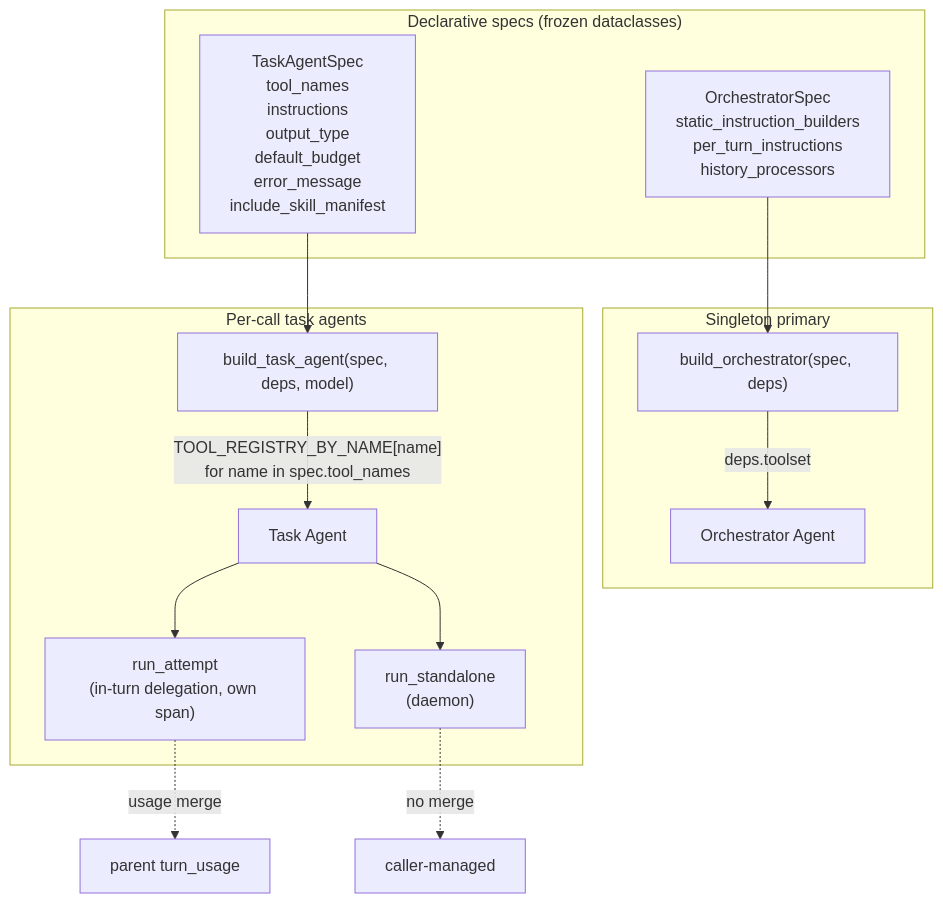
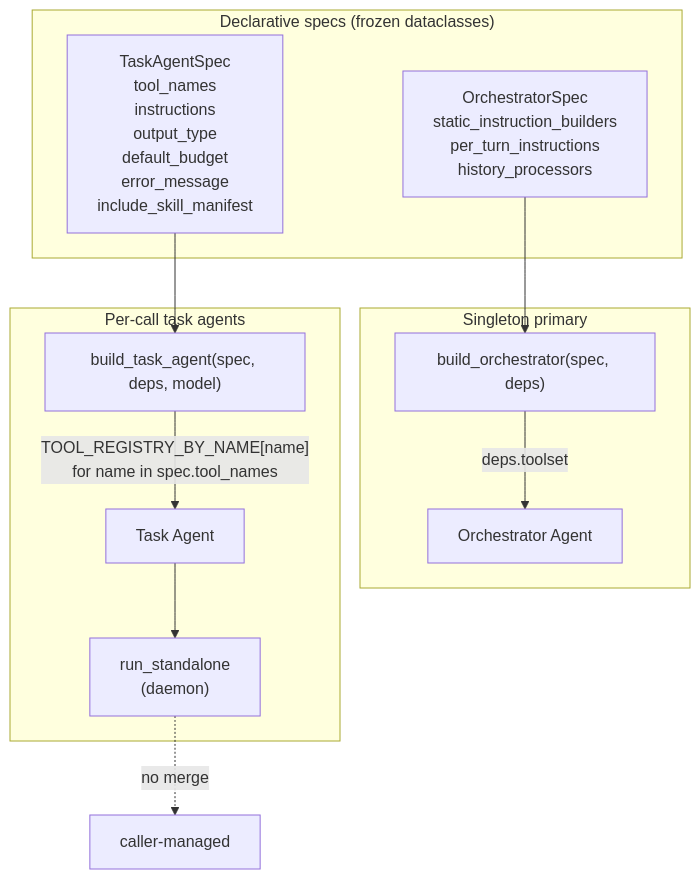
The diagram in docs/specs/agents.md (binlecode/co-cli), drawn with Mermaid before and after one commit. The commit also changed other lines of this file and 53 other files, not shown here.

````diff
--- a/docs/specs/agents.md
+++ b/docs/specs/agents.md
@@ -7,19 +7,17 @@
 ```mermaid
 graph TD
     subgraph Records["Declarative specs (frozen dataclasses)"]
         OS["OrchestratorSpec\nstatic_instruction_builders\nper_turn_instructions\nhistory_processors"]
         TS["TaskAgentSpec\ntool_names\ninstructions\noutput_type\ndefault_budget\nerror_message\ninclude_skill_manifest"]
     end
     subgraph Orchestrator["Singleton primary"]
         OS --> BO["build_orchestrator(spec, deps)"]
         BO -->|"deps.toolset"| OA["Orchestrator Agent"]
     end
     subgraph TaskPath["Per-call task agents"]
         TS --> BT["build_task_agent(spec, deps, model)"]
         BT -->|"TOOL_REGISTRY_BY_NAME[name]\nfor name in spec.tool_names"| TA["Task Agent"]
-        TA --> RIT["run_attempt\n(in-turn delegation, own span)"]
         TA --> RST["run_standalone\n(daemon)"]
     end
-    RIT -.usage merge.-> Parent["parent turn_usage"]
     RST -.no merge.-> Solo["caller-managed"]
 ```
````
